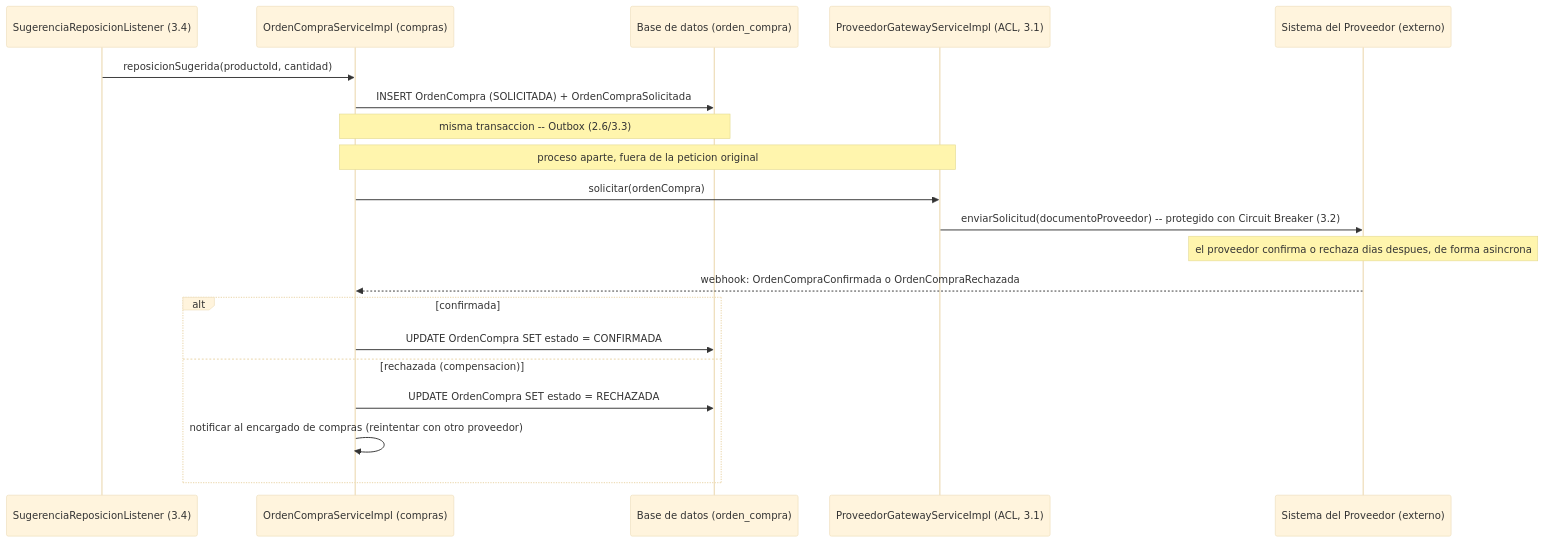
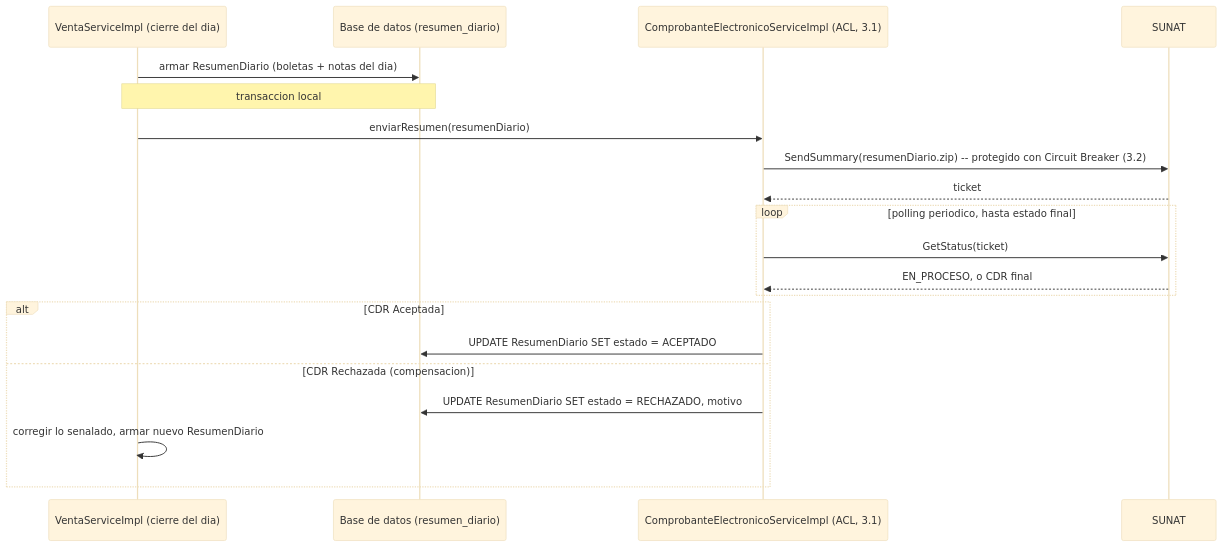
Before and after one commit to 262ciclo4/bomerp: the seventh of 7 diagrams in docs/ads/sesiones/S11_Integracion_Sistemas_Empresariales.md, drawn with Mermaid (base theme). The commit also changed other lines of this file, not shown here.

````diff
--- a/docs/ads/sesiones/S11_Integracion_Sistemas_Empresariales.md
+++ b/docs/ads/sesiones/S11_Integracion_Sistemas_Empresariales.md
@@ -460,26 +464,26 @@
 ```mermaid
 sequenceDiagram
-    participant IA as SugerenciaReposicionListener (3.4)
-    participant C as OrdenCompraServiceImpl (compras)
-    participant DB as Base de datos (orden_compra)
-    participant ACL as ProveedorGatewayServiceImpl (ACL, 3.1)
-    participant P as Sistema del Proveedor (externo)
+    participant V as VentaServiceImpl (cierre del dia)
+    participant DB as Base de datos (resumen_diario)
+    participant ACL as ComprobanteElectronicoServiceImpl (ACL, 3.1)
+    participant S as SUNAT
 
-    IA->>C: reposicionSugerida(productoId, cantidad)
-    C->>DB: INSERT OrdenCompra (SOLICITADA) + OrdenCompraSolicitada
-    Note over C,DB: misma transaccion -- Outbox (2.6/3.3)
+    V->>DB: armar ResumenDiario (boletas + notas del dia)
+    Note over V,DB: transaccion local
 
-    Note over C,ACL: proceso aparte, fuera de la peticion original
-    C->>ACL: solicitar(ordenCompra)
-    ACL->>P: enviarSolicitud(documentoProveedor) -- protegido con Circuit Breaker (3.2)
+    V->>ACL: enviarResumen(resumenDiario)
+    ACL->>S: SendSummary(resumenDiario.zip) -- protegido con Circuit Breaker (3.2)
+    S-->>ACL: ticket
 
-    Note over P: el proveedor confirma o rechaza dias despues, de forma asincrona
-    P-->>C: webhook: OrdenCompraConfirmada o OrdenCompraRechazada
+    loop polling periodico, hasta estado final
+        ACL->>S: GetStatus(ticket)
+        S-->>ACL: EN_PROCESO, o CDR final
+    end
 
-    alt confirmada
-        C->>DB: UPDATE OrdenCompra SET estado = CONFIRMADA
-    else rechazada (compensacion)
-        C->>DB: UPDATE OrdenCompra SET estado = RECHAZADA
-        C->>C: notificar al encargado de compras (reintentar con otro proveedor)
+    alt CDR Aceptada
+        ACL->>DB: UPDATE ResumenDiario SET estado = ACEPTADO
+    else CDR Rechazada (compensacion)
+        ACL->>DB: UPDATE ResumenDiario SET estado = RECHAZADO, motivo
+        V->>V: corregir lo senalado, armar nuevo ResumenDiario
     end
 ```
````
